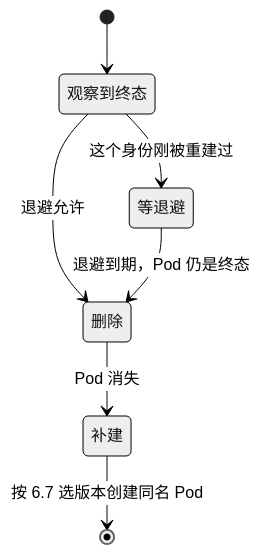
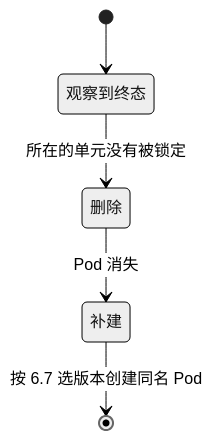
Before and after one commit to VanderChen/kthena: the seventh of 8 diagrams in docs/proposal/modelserving-rollout-final/04-state-machine.md, drawn with Mermaid (neutral theme). The commit also changed other lines of this file and 6 other files, not shown here.

````diff
--- a/docs/proposal/modelserving-rollout-final/04-state-machine.md
+++ b/docs/proposal/modelserving-rollout-final/04-state-machine.md
@@ -551,9 +579,7 @@
 ```mermaid
 stateDiagram-v2
     [*] --> 观察到终态
-    观察到终态 --> 等退避: 这个身份刚被重建过
-    观察到终态 --> 删除: 退避允许
-    等退避 --> 删除: 退避到期，Pod 仍是终态
+    观察到终态 --> 删除: 所在的单元没有被锁定
     删除 --> 补建: Pod 消失
     补建 --> [*]: 按 6.7 选版本创建同名 Pod
 ```
````
